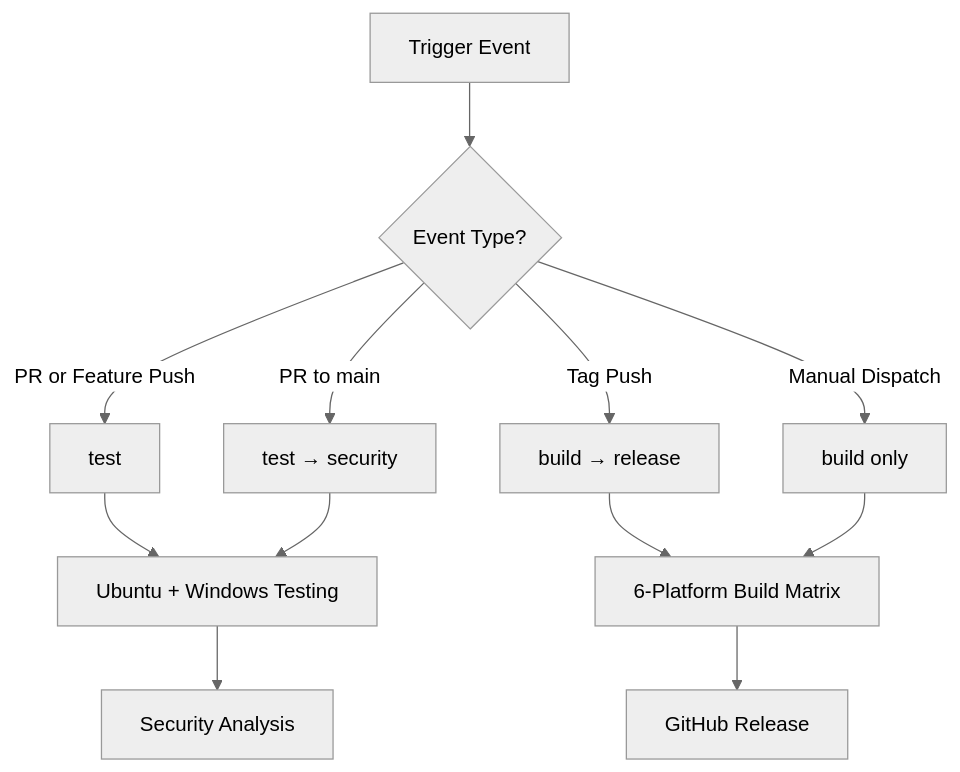
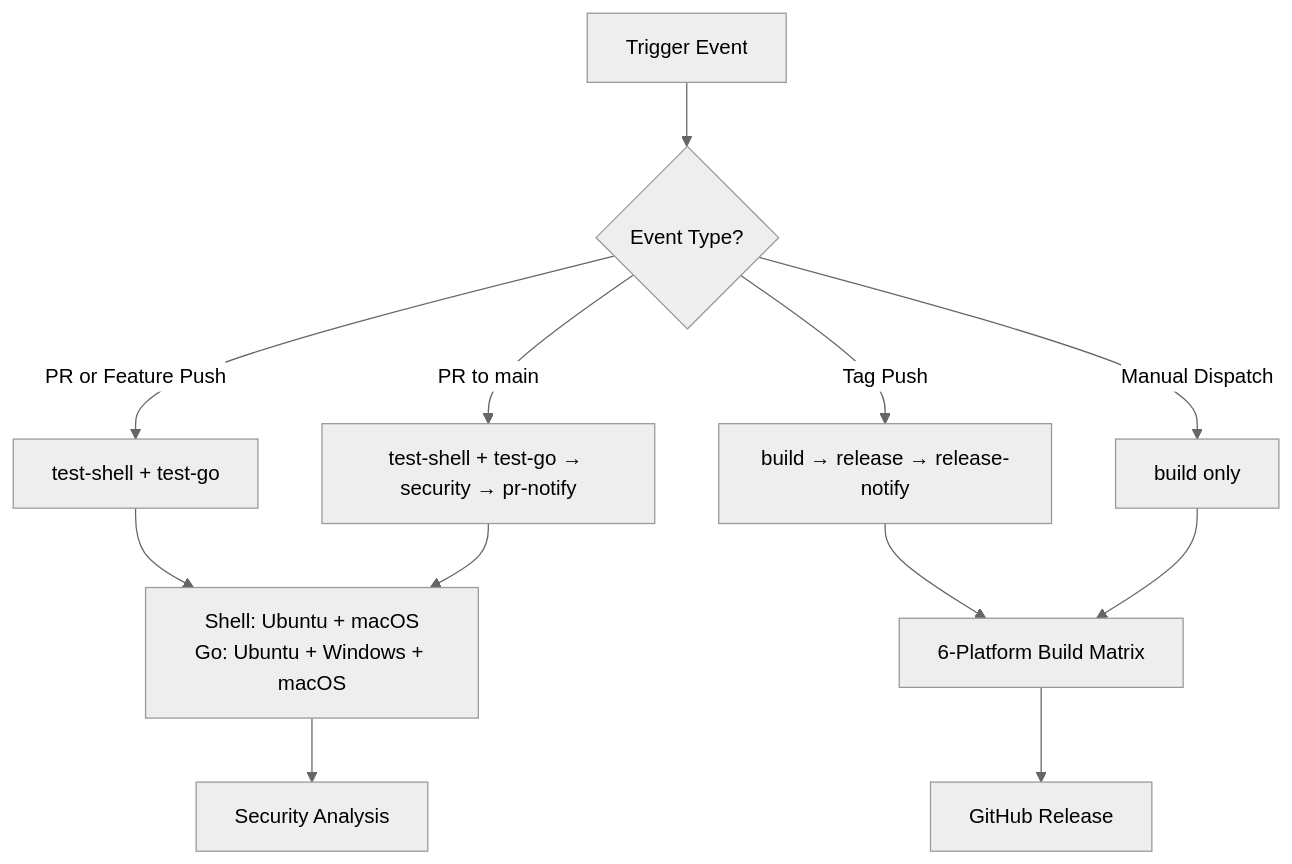
The diagram in docs/CI_CD_PIPELINE.md (zsoftly/ztiaws), drawn with Mermaid (neutral theme) before and after one commit. The commit also changed other lines of this file and 3 other files, not shown here.

Commit message:
refactor: Consolidate CI/CD workflows and enhance shell script testing in build pipeline

````diff
--- a/docs/CI_CD_PIPELINE.md
+++ b/docs/CI_CD_PIPELINE.md
@@ -50,17 +54,17 @@
 ```mermaid
 graph TD
     A[Trigger Event] --> B{Event Type?}
     
-    B -->|PR or Feature Push| C[test]
-    B -->|PR to main| D[test → security]
-    B -->|Tag Push| E[build → release]
+    B -->|PR or Feature Push| C[test-shell + test-go]
+    B -->|PR to main| D[test-shell + test-go → security → pr-notify]
+    B -->|Tag Push| E[build → release → release-notify]
     B -->|Manual Dispatch| F[build only]
     
-    C --> G[Ubuntu + Windows Testing]
+    C --> G[Shell: Ubuntu + macOS<br/>Go: Ubuntu + Windows + macOS]
     D --> G
     G --> H[Security Analysis]
     E --> I[6-Platform Build Matrix]
     F --> I
     
     I --> J[GitHub Release]
 ```
````
